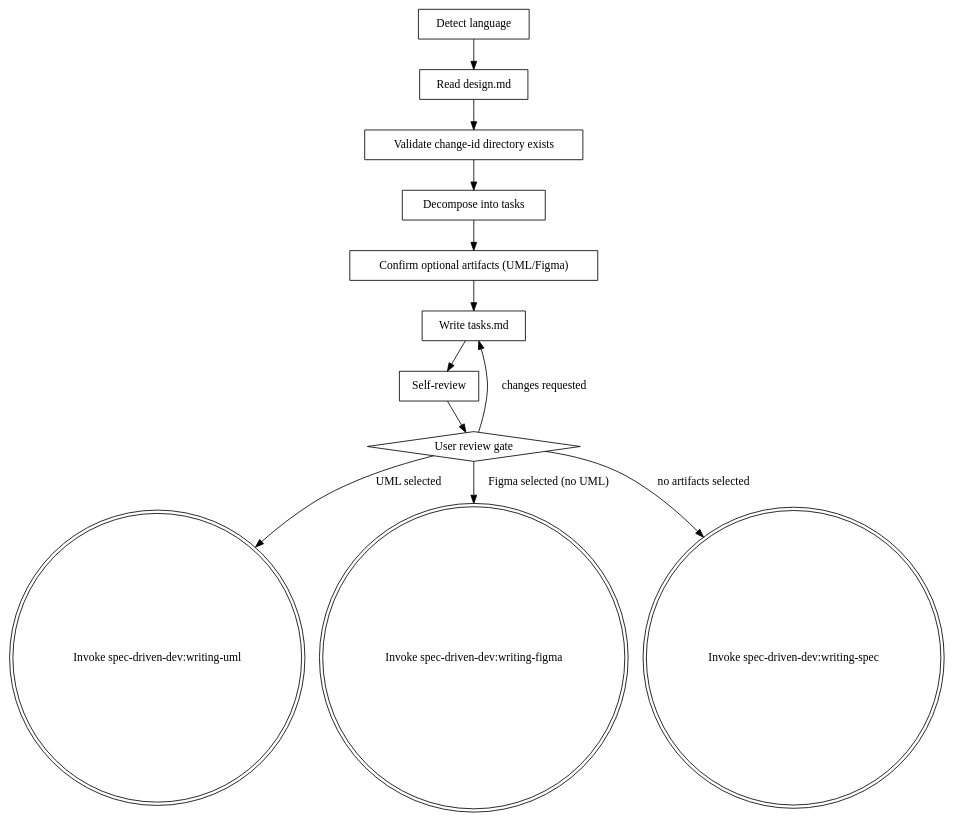
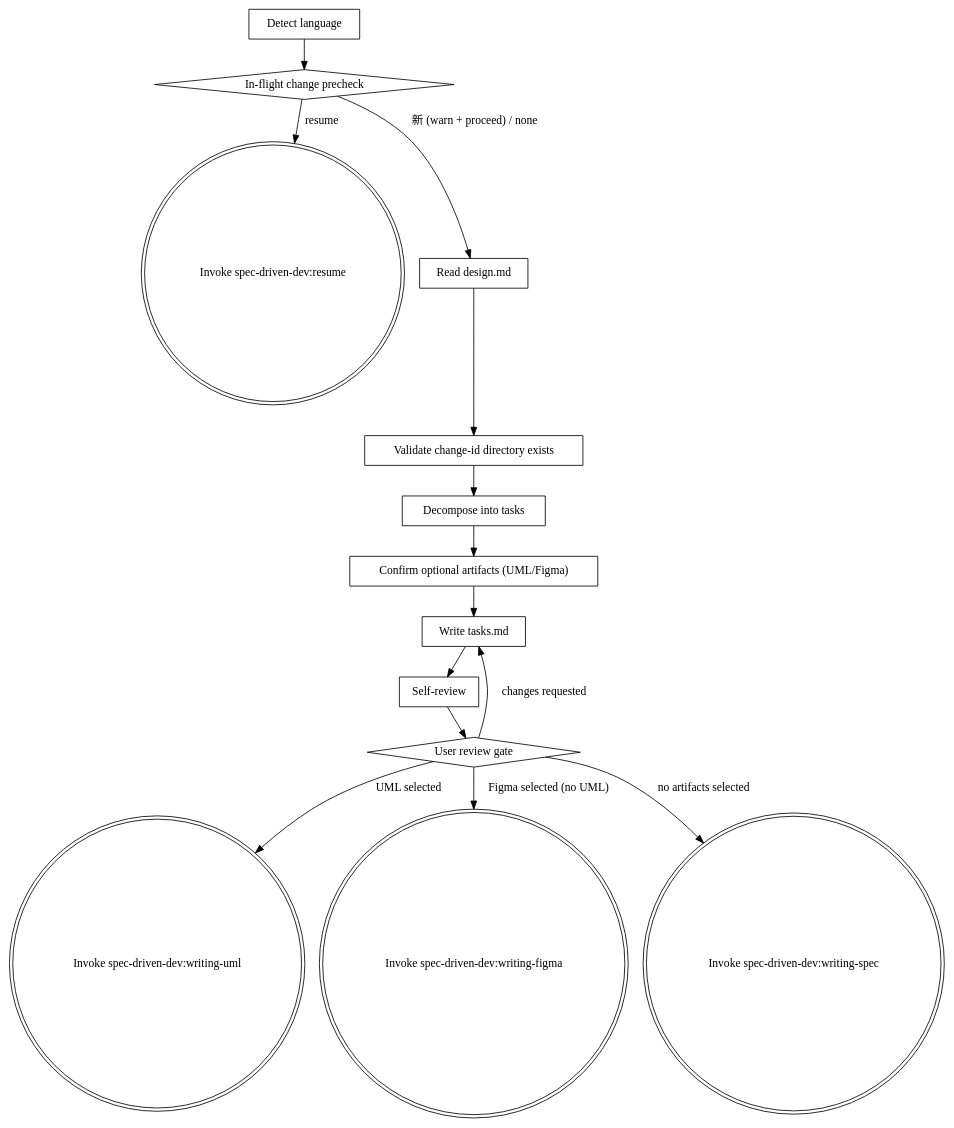
One commit to BIBIOTA/yuki-marketplace changed the diagram in plugins/spec-driven-dev/skills/writing-plans/SKILL.md. Above: the diagram before and after it, drawn with Graphviz. The commit also changed other lines of this file, not shown here.

````diff
--- a/plugins/spec-driven-dev/skills/writing-plans/SKILL.md
+++ b/plugins/spec-driven-dev/skills/writing-plans/SKILL.md
@@ -51,29 +52,33 @@
 ```dot
 digraph writing_plans {
     rankdir=TB;
 
     "Detect language" [shape=box];
+    "In-flight change precheck" [shape=diamond];
+    "Invoke spec-driven-dev:resume" [shape=doublecircle];
     "Read design.md" [shape=box];
     "Validate change-id directory exists" [shape=box];
     "Decompose into tasks" [shape=box];
     "Confirm optional artifacts (UML/Figma)" [shape=box];
     "Write tasks.md" [shape=box];
     "Self-review" [shape=box];
     "User review gate" [shape=diamond];
     "Invoke spec-driven-dev:writing-uml" [shape=doublecircle];
     "Invoke spec-driven-dev:writing-figma" [shape=doublecircle];
     "Invoke spec-driven-dev:writing-spec" [shape=doublecircle];
 
-    "Detect language" -> "Read design.md";
+    "Detect language" -> "In-flight change precheck";
+    "In-flight change precheck" -> "Invoke spec-driven-dev:resume" [label="resume"];
+    "In-flight change precheck" -> "Read design.md" [label="新 (warn + proceed) / none"];
     "Read design.md" -> "Validate change-id directory exists";
     "Validate change-id directory exists" -> "Decompose into tasks";
     "Decompose into tasks" -> "Confirm optional artifacts (UML/Figma)";
     "Confirm optional artifacts (UML/Figma)" -> "Write tasks.md";
     "Write tasks.md" -> "Self-review";
     "Self-review" -> "User review gate";
     "User review gate" -> "Write tasks.md" [label="changes requested"];
     "User review gate" -> "Invoke spec-driven-dev:writing-uml" [label="UML selected"];
     "User review gate" -> "Invoke spec-driven-dev:writing-figma" [label="Figma selected (no UML)"];
     "User review gate" -> "Invoke spec-driven-dev:writing-spec" [label="no artifacts selected"];
 }
 ```
````
